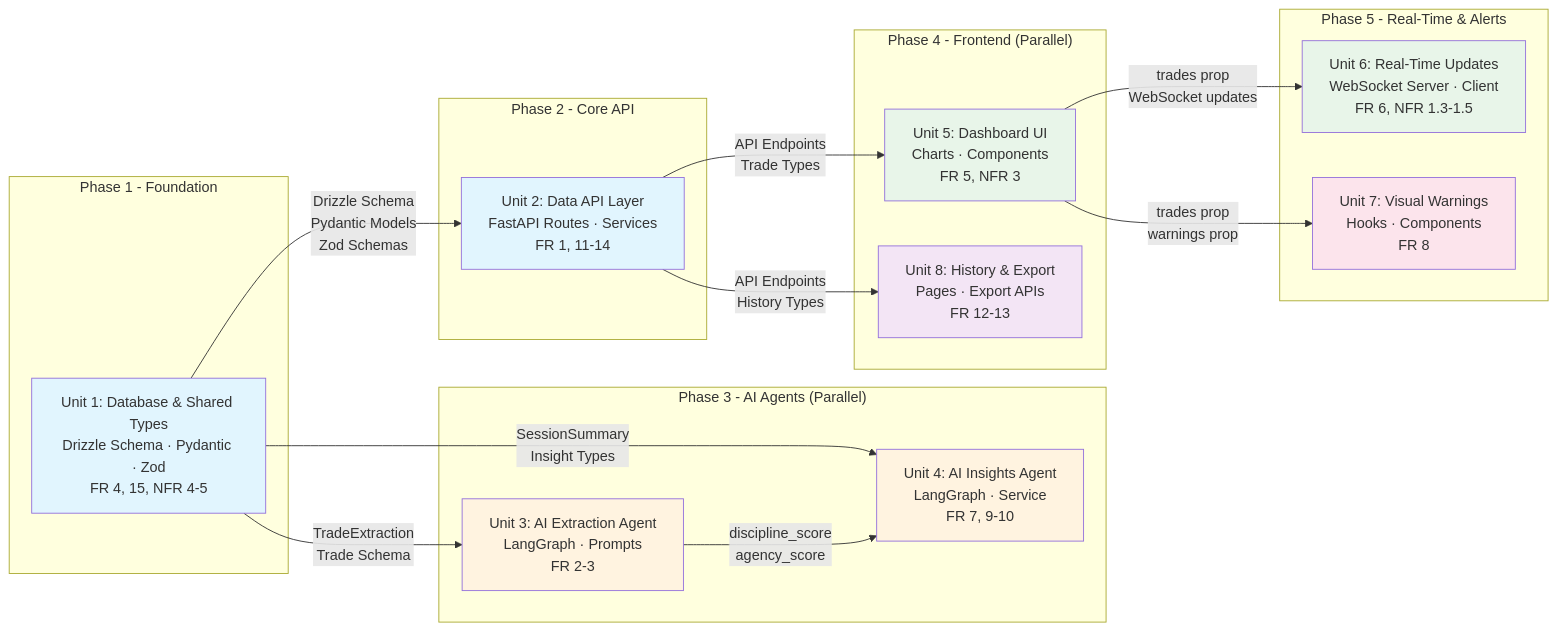
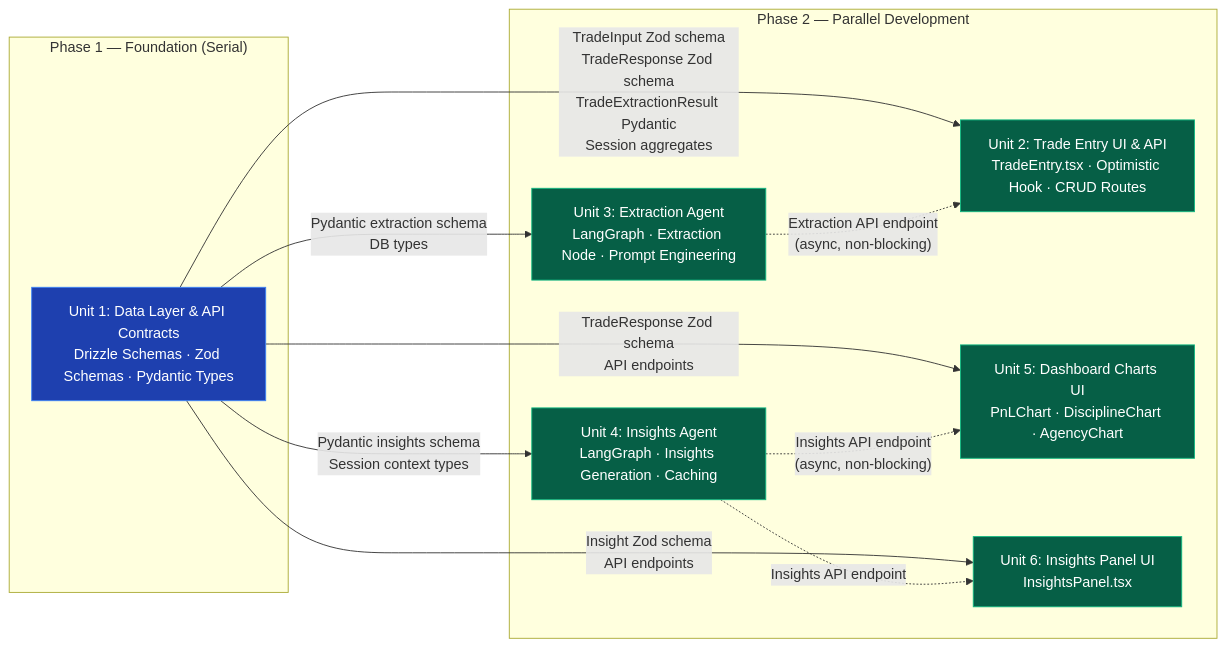
The diagram in planning-docs-output/phase-7/implementation-plan.md (calebsandfort/aurelius-ledger), drawn with Mermaid before and after one commit. The commit also changed other lines of this file and 15 other files, not shown here.

````diff
--- a/planning-docs-output/phase-7/implementation-plan.md
+++ b/planning-docs-output/phase-7/implementation-plan.md
@@ -18,43 +18,29 @@
 ```mermaid
 graph LR
-    subgraph "Phase 1 - Foundation"
-        U1["Unit 1: Database & Shared Types<br/>Drizzle Schema · Pydantic · Zod<br/>FR 4, 15, NFR 4-5"]
+    subgraph "Phase 1 — Foundation (Serial)"
+        U1["Unit 1: Data Layer & API Contracts<br/>Drizzle Schemas · Zod Schemas · Pydantic Types"]
     end
 
-    subgraph "Phase 2 - Core API"
-        U2["Unit 2: Data API Layer<br/>FastAPI Routes · Services<br/>FR 1, 11-14"]
+    subgraph "Phase 2 — Parallel Development"
+        U2["Unit 2: Trade Entry UI & API<br/>TradeEntry.tsx · Optimistic Hook · CRUD Routes"]
+        U3["Unit 3: Extraction Agent<br/>LangGraph · Extraction Node · Prompt Engineering"]
+        U4["Unit 4: Insights Agent<br/>LangGraph · Insights Generation · Caching"]
+        U5["Unit 5: Dashboard Charts UI<br/>PnLChart · DisciplineChart · AgencyChart"]
+        U6["Unit 6: Insights Panel UI<br/>InsightsPanel.tsx"]
     end
 
-    subgraph "Phase 3 - AI Agents (Parallel)"
-        U3["Unit 3: AI Extraction Agent<br/>LangGraph · Prompts<br/>FR 2-3"]
-        U4["Unit 4: AI Insights Agent<br/>LangGraph · Service<br/>FR 7, 9-10"]
-    end
+    U1 -->|"TradeInput Zod schema<br/>TradeResponse Zod schema<br/>TradeExtractionResult Pydantic<br/>Session aggregates"| U2
+    U1 -->|"Pydantic extraction schema<br/>DB types"| U3
+    U1 -->|"Pydantic insights schema<br/>Session context types"| U4
+    U1 -->|"TradeResponse Zod schema<br/>API endpoints"| U5
+    U1 -->|"Insight Zod schema<br/>API endpoints"| U6
 
-    subgraph "Phase 4 - Frontend (Parallel)"
-        U5["Unit 5: Dashboard UI<br/>Charts · Components<br/>FR 5, NFR 3"]
-        U8["Unit 8: History & Export<br/>Pages · Export APIs<br/>FR 12-13"]
-    end
+    U3 -.->|"Extraction API endpoint<br/>(async, non-blocking)"| U2
+    U4 -.->|"Insights API endpoint<br/>(async, non-blocking)"| U5
+    U4 -.->|"Insights API endpoint"| U6
 
-    subgraph "Phase 5 - Real-Time & Alerts"
-        U6["Unit 6: Real-Time Updates<br/>WebSocket Server · Client<br/>FR 6, NFR 1.3-1.5"]
-        U7["Unit 7: Visual Warnings<br/>Hooks · Components<br/>FR 8"]
-    end
-
-    U1 -->|"Drizzle Schema<br/>Pydantic Models<br/>Zod Schemas"| U2
-    U1 -->|"TradeExtraction<br/>Trade Schema"| U3
-    U1 -->|"SessionSummary<br/>Insight Types"| U4
-    U2 -->|"API Endpoints<br/>Trade Types"| U5
-    U2 -->|"API Endpoints<br/>History Types"| U8
-    U3 -->|"discipline_score<br/>agency_score"| U4
-    U5 -->|"trades prop<br/>WebSocket updates"| U6
-    U5 -->|"trades prop<br/>warnings prop"| U7
-
-    style U1 fill:#e1f5fe
-    style U2 fill:#e1f5fe
-    style U3 fill:#fff3e0
-    style U4 fill:#fff3e0
-    style U5 fill:#e8f5e9
-    style U6 fill:#e8f5e9
-    style U7 fill:#fce4ec
-    style U8 fill:#f3e5f5
+    classDef foundation fill:#1e40af,stroke:#3b82f6,color:#fff
+    classDef parallel fill:#065f46,stroke:#10b981,color:#fff
+    class U1 foundation
+    class U2,U3,U4,U5,U6 parallel
 ```
````
